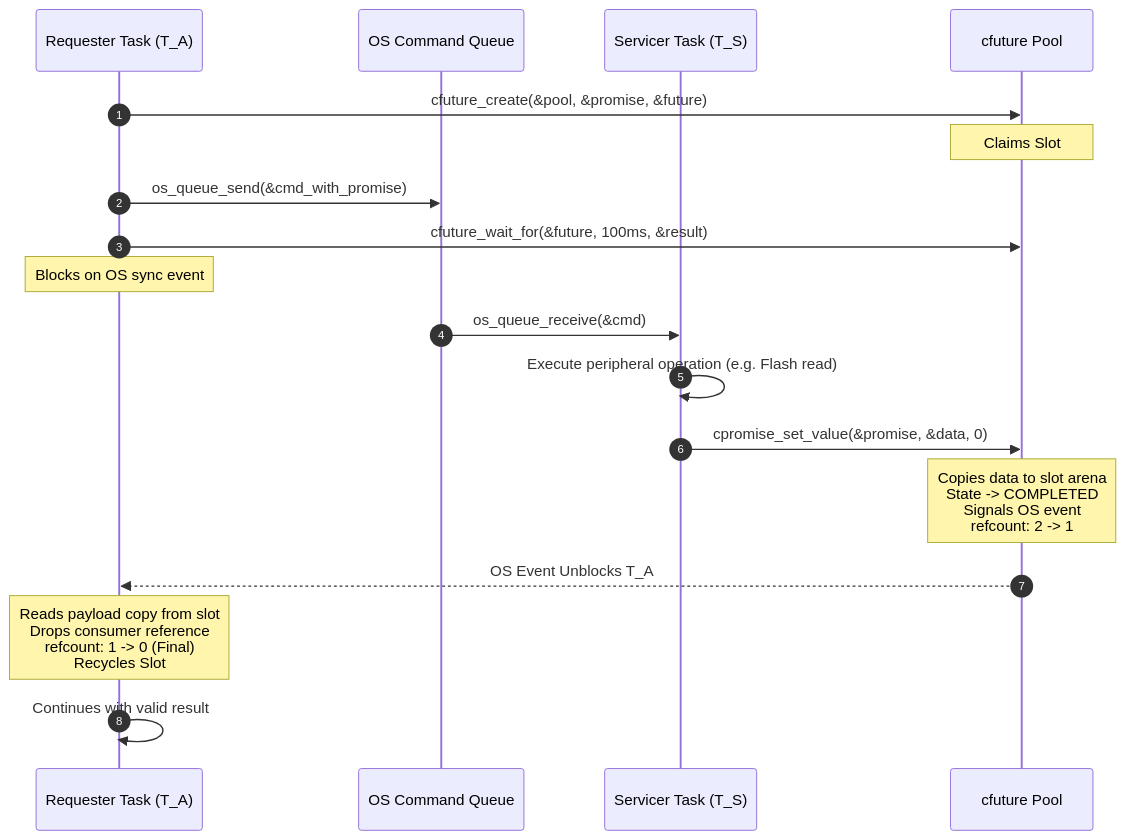
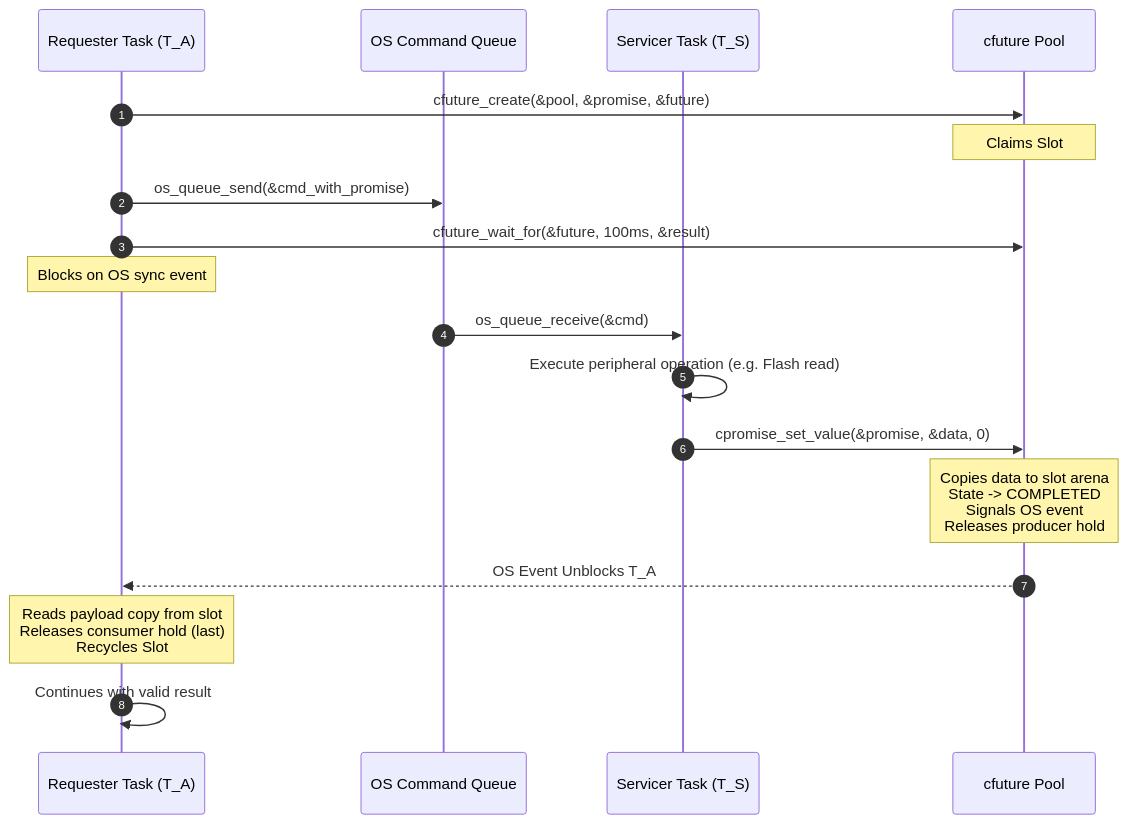
The third of 6 diagrams in README.md (Mrunmoy/janus), drawn with Mermaid before and after one commit. The commit also changed other lines of this file and 7 other files, not shown here.

Commit message:
docs: replace reference-count wording with hold bits and fix all stale claims

````diff
--- a/README.md
+++ b/README.md
@@ -373,21 +379,21 @@
 ```mermaid
 sequenceDiagram
     autonumber
     participant A as Requester Task (T_A)
     participant Q as OS Command Queue
     participant S as Servicer Task (T_S)
     participant P as cfuture Pool
 
     A->>P: cfuture_create(&pool, &promise, &future)
-    Note over P: Claims Slot #0<br/>State = PENDING<br/>refcount = 2
+    Note over P: Claims Slot #0<br/>State = PENDING<br/>Holds: consumer + producer
     A->>Q: os_queue_send(&cmd_with_promise)
     A->>P: cfuture_wait_for(&future, 100ms, &result)
     Note over A: Blocks on OS sync event
     Q->>S: os_queue_receive(&cmd)
     S->>S: Execute peripheral operation (e.g. Flash read)
     S->>P: cpromise_set_value(&promise, &data, 0)
-    Note over P: Copies data to slot arena<br/>State -> COMPLETED<br/>Signals OS event<br/>refcount: 2 -> 1
+    Note over P: Copies data to slot arena<br/>State -> COMPLETED<br/>Signals OS event<br/>Releases producer hold
     P-->>A: OS Event Unblocks T_A
-    Note over A: Reads payload copy from slot<br/>Drops consumer reference<br/>refcount: 1 -> 0 (Final)<br/>Recycles Slot #0 into bitmask
+    Note over A: Reads payload copy from slot<br/>Releases consumer hold (last)<br/>Recycles Slot #0 into bitmask
     A->>A: Continues with valid result
 ```
````
